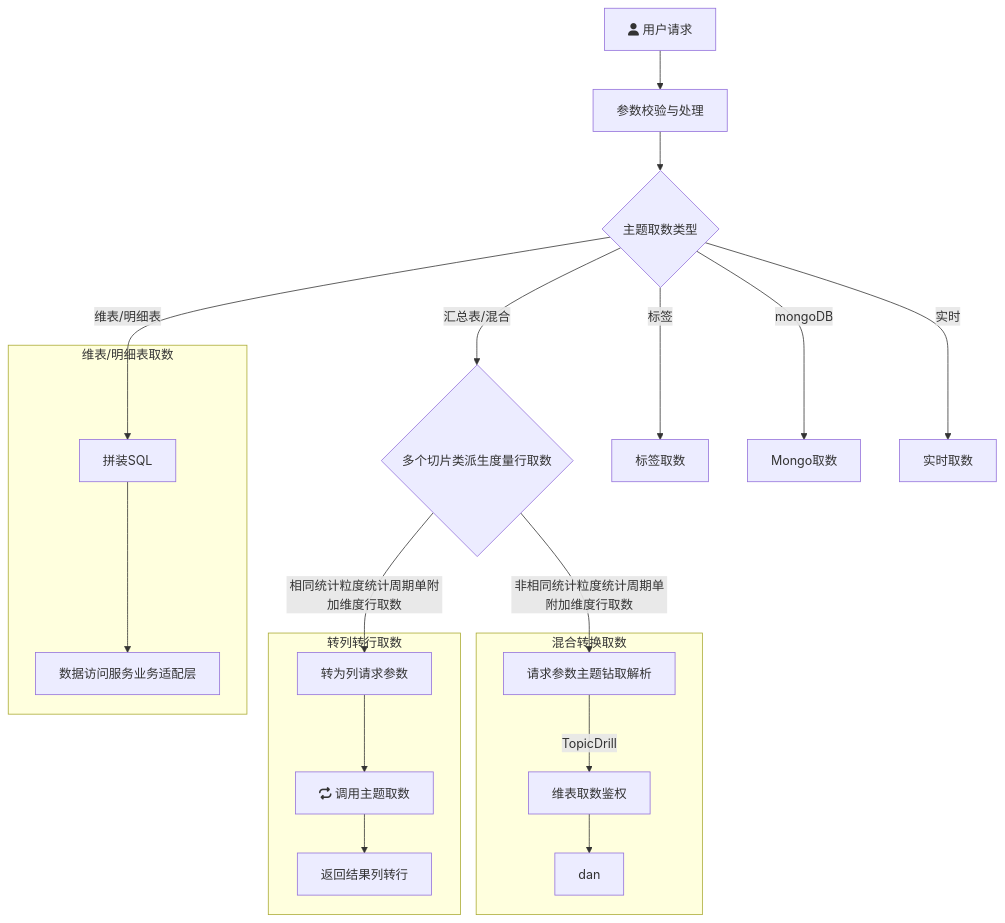
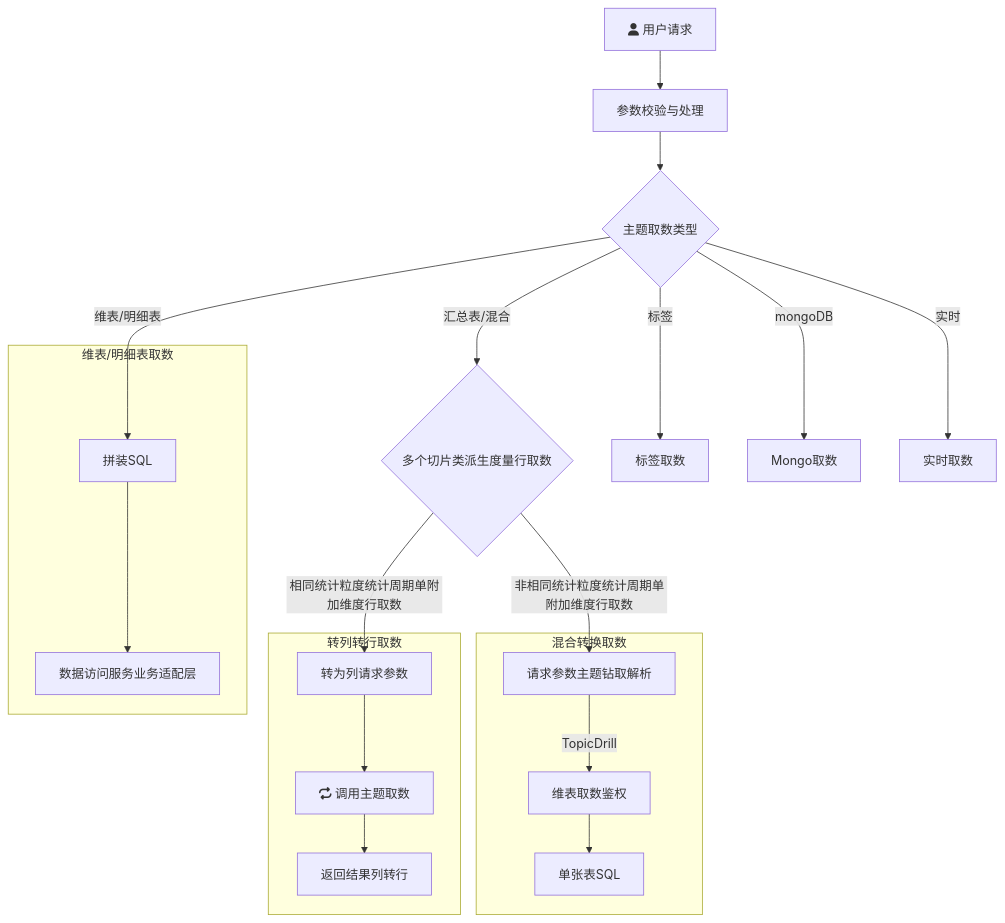
Before and after one commit to yanglosm/iodraw-files: the diagram in all/未命名.md, drawn with Mermaid.

Commit message:
2024-11-29 18:43:40 update

````diff
--- a/all/未命名.md
+++ b/all/未命名.md
@@ -1,20 +1,20 @@
 ```mermaid
 flowchart TD
     A[fa:fa-user 用户请求] -->A1[参数校验与处理] --> B{主题取数类型}
     B -->|维表/明细表| D[拼装SQL]
     B -->|汇总表/混合| E{多个切片类派生度量行取数}
     B -->|标签| F[标签取数]
     B -->|mongoDB| G[Mongo取数]
     B -->|实时| H[实时取数]
     E -->|相同统计粒度统计周期单附加维度行取数| E1[转为列请求参数]
     E -->|非相同统计粒度统计周期单附加维度行取数| T1[请求参数主题钻取解析]
     subgraph 维表/明细表取数
     D-->D1[数据访问服务业务适配层]
     end
     subgraph 转列转行取数
     E1-->E11[fa:fa-repeat 调用主题取数]-->E12[返回结果列转行]
     end
     subgraph 混合转换取数
-    T1-->|TopicDrill| T2[维表取数鉴权] --> T3[dan]
+    T1-->|TopicDrill| T2[维表取数鉴权] --> T3[单张表SQL]
     end
 ```
````
